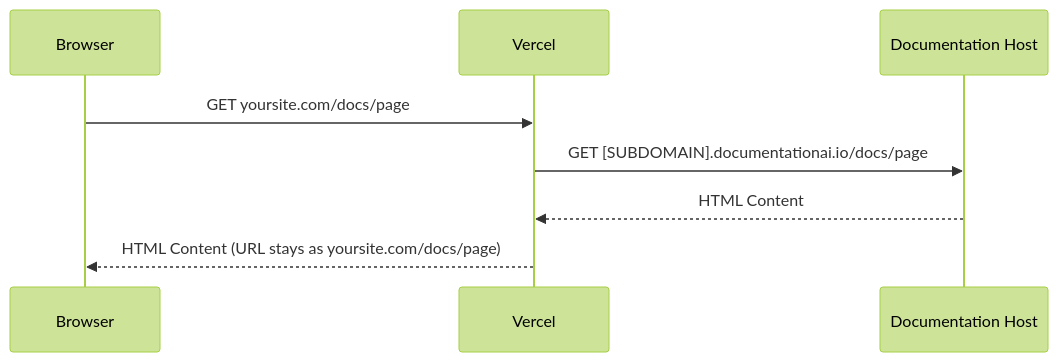
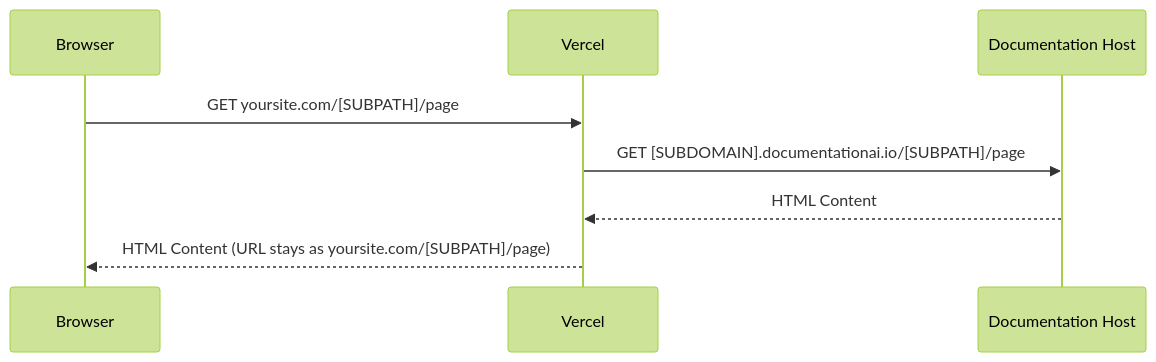
The diagram in deployment-and-hosting/custom-subpath/vercel.mdx (documentation-ai/DocumentationAI-Docs), drawn with Mermaid (forest theme) before and after one commit. The commit also changed other lines of this file and 3 other files, not shown here.

Commit message:
Enhance custom subpath documentation by incorporating `<kbd>` tags for subpath examples and URLs across AWS, Cloudflare, and Vercel guides. This improves clarity and consistency in user instructions for deploying documentation at custom subpaths.

`````diff
--- a/deployment-and-hosting/custom-subpath/vercel.mdx
+++ b/deployment-and-hosting/custom-subpath/vercel.mdx
@@ -22,10 +22,10 @@
 ````mermaid
 sequenceDiagram
     participant Browser
     participant Vercel
     participant Docs as Documentation Host
-    Browser->>Vercel: GET yoursite.com/docs/page
-    Vercel->>Docs: GET [SUBDOMAIN].documentationai.io/docs/page
+    Browser->>Vercel: GET yoursite.com/[SUBPATH]/page
+    Vercel->>Docs: GET [SUBDOMAIN].documentationai.io/[SUBPATH]/page
     Docs-->>Vercel: HTML Content
-    Vercel-->>Browser: HTML Content (URL stays as yoursite.com/docs/page)
+    Vercel-->>Browser: HTML Content (URL stays as yoursite.com/[SUBPATH]/page)
 ````
`````
